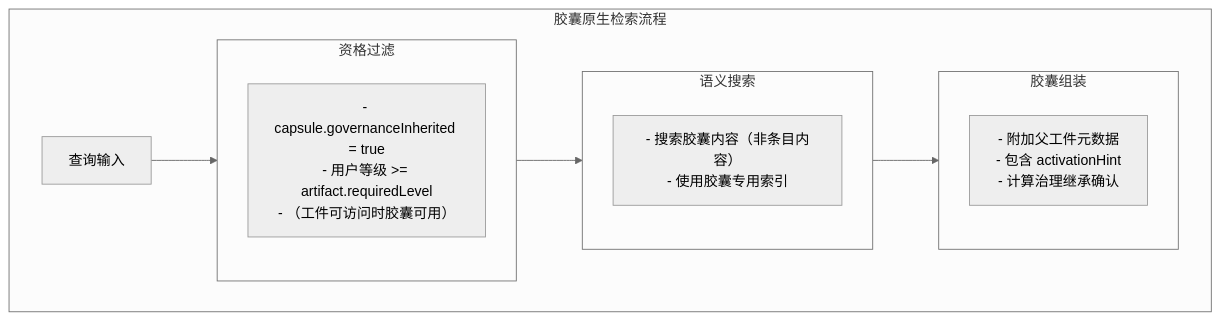
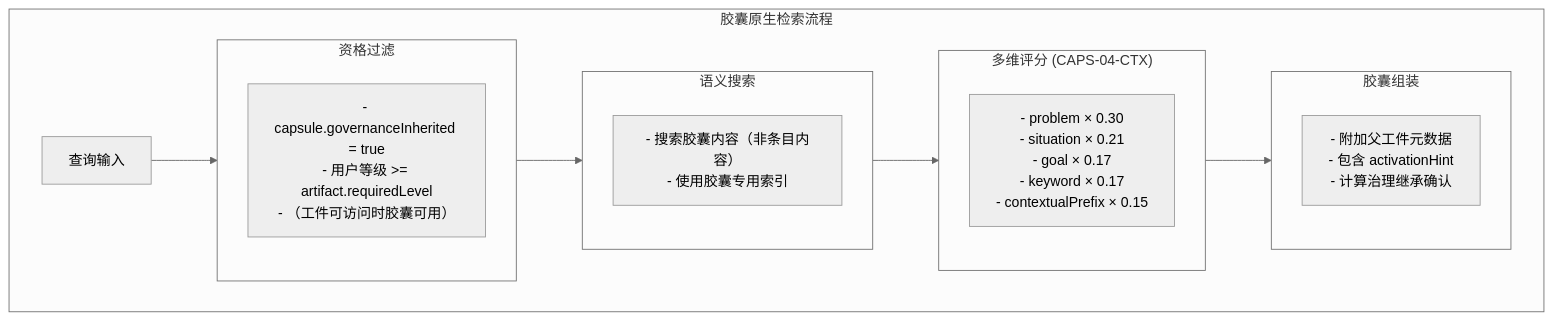
The seventh of 8 diagrams in docs/architecture/components/RETRIEVAL.md (pofossette/TrapMap-for-vibing), drawn with Mermaid (neutral theme) before and after one commit. The commit also changed other lines of this file and 16 other files, not shown here.

````diff
--- a/docs/architecture/components/RETRIEVAL.md
+++ b/docs/architecture/components/RETRIEVAL.md
@@ -260,20 +260,24 @@
 ```mermaid
 flowchart TB
     subgraph 胶囊检索["胶囊原生检索流程"]
         A["查询输入"]
-        
+
         subgraph 资格过滤["资格过滤"]
             B["- capsule.governanceInherited = true\n- 用户等级 >= artifact.requiredLevel\n- （工件可访问时胶囊可用）"]
         end
 
         subgraph 语义搜索["语义搜索"]
             C["- 搜索胶囊内容（非条目内容）\n- 使用胶囊专用索引"]
         end
 
-        subgraph 胶囊组装["胶囊组装"]
-            D["- 附加父工件元数据\n- 包含 activationHint\n- 计算治理继承确认"]
+        subgraph 评分["多维评分 (CAPS-04-CTX)"]
+            D["- problem × 0.30\n- situation × 0.21\n- goal × 0.17\n- keyword × 0.17\n- contextualPrefix × 0.15"]
         end
 
-        A --> 资格过滤 --> 语义搜索 --> 胶囊组装
+        subgraph 胶囊组装["胶囊组装"]
+            E["- 附加父工件元数据\n- 包含 activationHint\n- 计算治理继承确认"]
+        end
+
+        A --> 资格过滤 --> 语义搜索 --> 评分 --> 胶囊组装
     end
 ```
````
